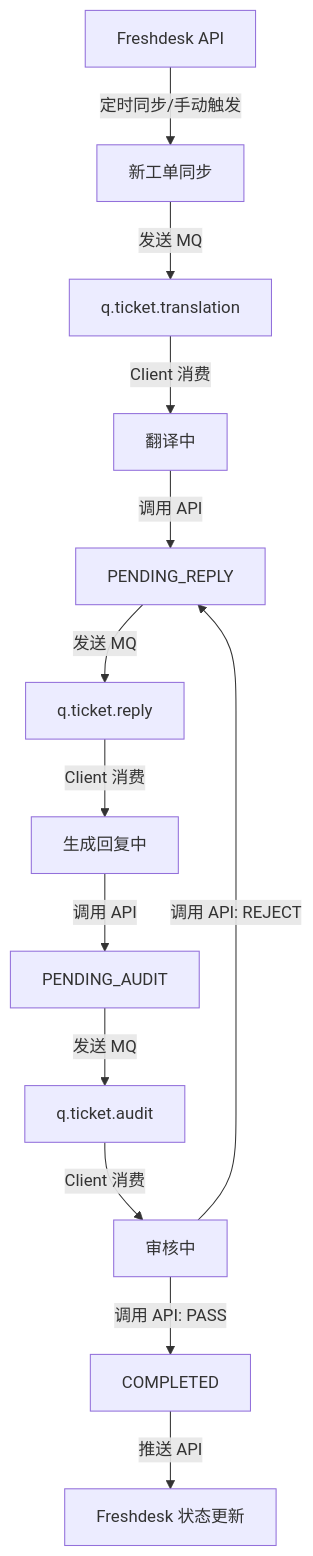
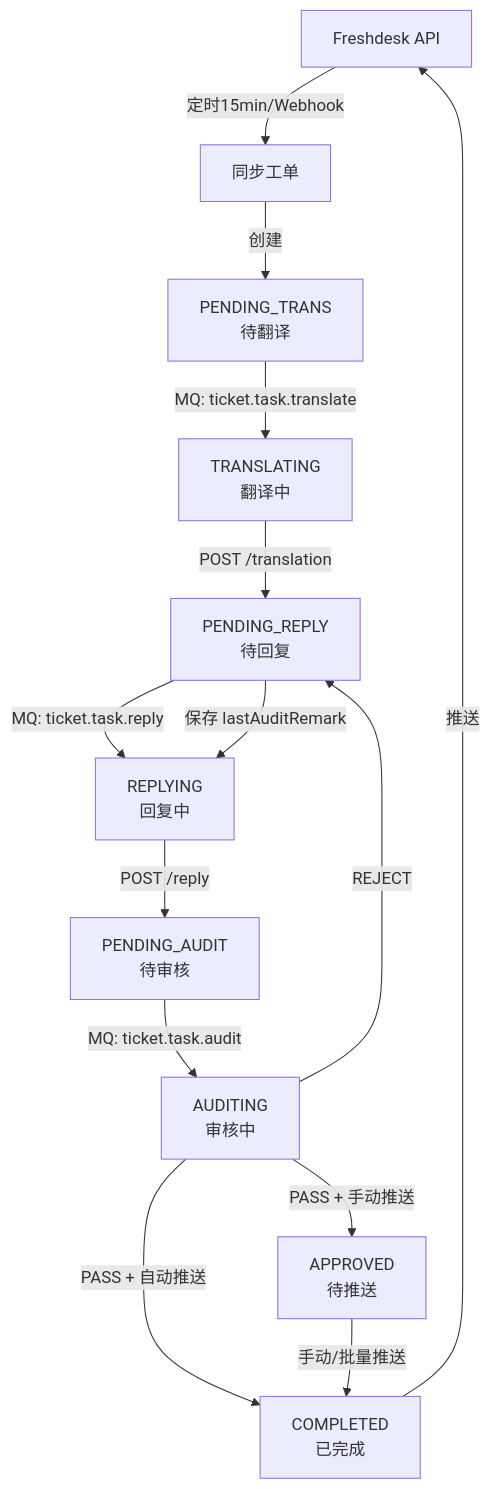
Before and after one commit to jefflower/FD-AutoPilot: the diagram in doc/system-design.md, drawn with Mermaid. The commit also changed other lines of this file and 14 other files, not shown here.

````diff
--- a/doc/system-design.md
+++ b/doc/system-design.md
@@ -294,15 +741,22 @@
 ```mermaid
 graph TD
-    FD_API[Freshdesk API] -->|定时同步/手动触发| Start[新工单同步]
-    Start -->|发送 MQ| Q_Trans[q.ticket.translation]
-    Q_Trans -->|Client 消费| Translating[翻译中]
-    Translating -->|调用 API| P_Reply[PENDING_REPLY]
-    P_Reply -->|发送 MQ| Q_Reply[q.ticket.reply]
-    Q_Reply -->|Client 消费| Replying[生成回复中]
-    Replying -->|调用 API| P_Audit[PENDING_AUDIT]
-    P_Audit -->|发送 MQ| Q_Audit[q.ticket.audit]
-    Q_Audit -->|Client 消费| Auditing[审核中]
-    Auditing -->|调用 API: PASS| Completed[COMPLETED]
-    Completed -->|推送 API| FD_Update[Freshdesk 状态更新]
-    Auditing -->|调用 API: REJECT| P_Reply
+    FD[Freshdesk API] -->|定时15min/Webhook| Sync[同步工单]
+    Sync -->|创建| PT["PENDING_TRANS<br/>待翻译"]
+
+    PT -->|MQ: ticket.task.translate| TR["TRANSLATING<br/>翻译中"]
+    TR -->|POST /translation| PR["PENDING_REPLY<br/>待回复"]
+
+    PR -->|MQ: ticket.task.reply| RE["REPLYING<br/>回复中"]
+    RE -->|POST /reply| PA["PENDING_AUDIT<br/>待审核"]
+
+    PA -->|MQ: ticket.task.audit| AU["AUDITING<br/>审核中"]
+
+    AU -->|PASS + 自动推送| CO["COMPLETED<br/>已完成"]
+    CO -->|推送| FD
+
+    AU -->|PASS + 手动推送| AP["APPROVED<br/>待推送"]
+    AP -->|手动/批量推送| CO
+
+    AU -->|REJECT| PR
+    PR -->|保存 lastAuditRemark| RE
 ```
````
